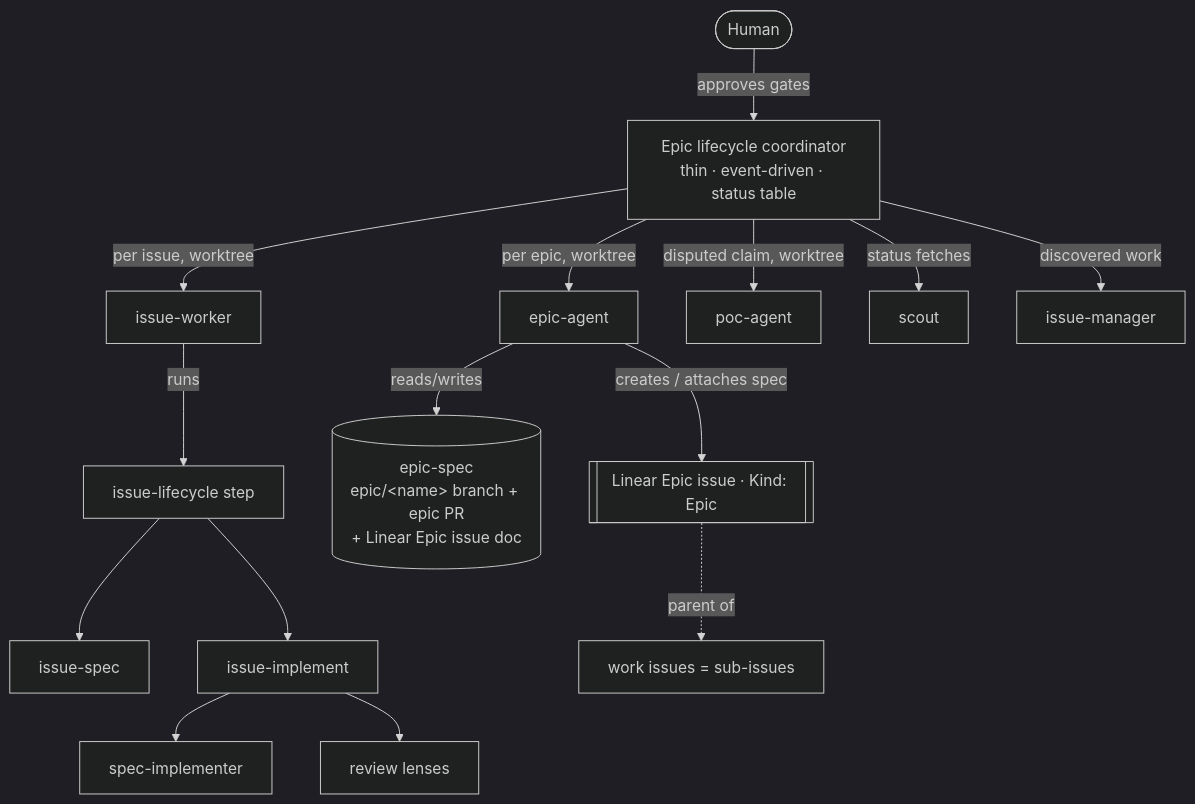
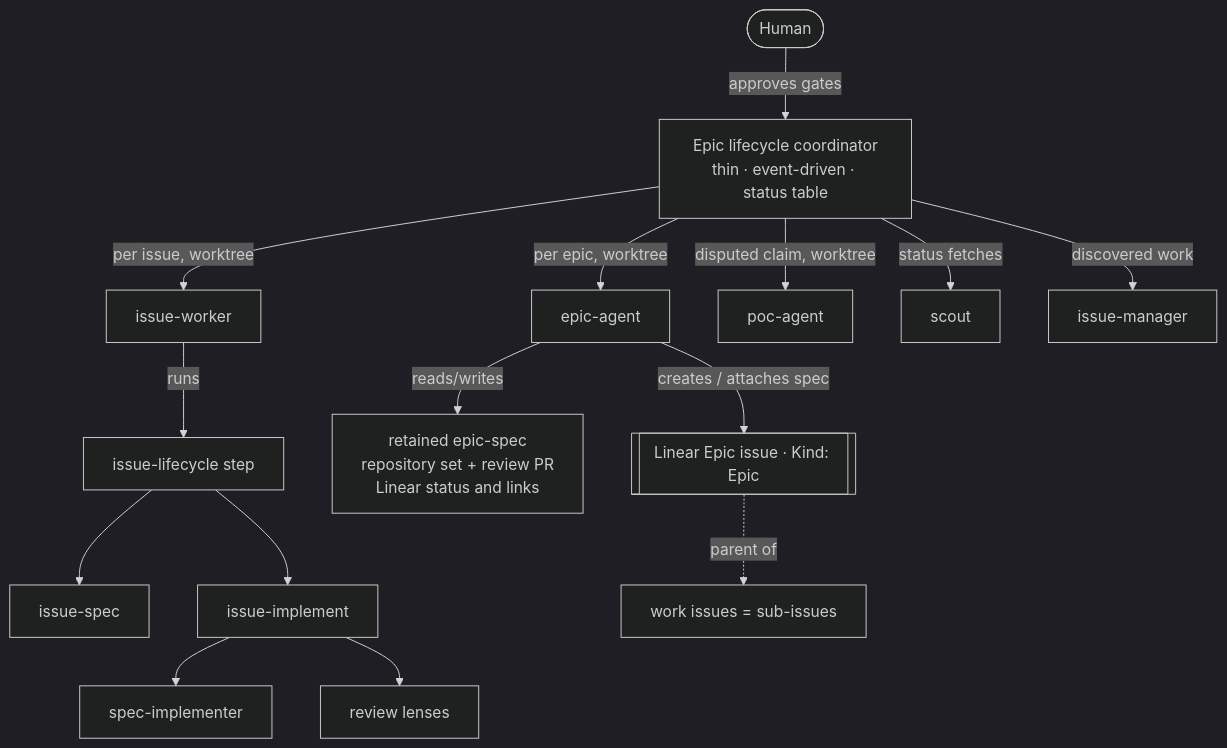
One commit to fixpoint-labs/flow-state-dev changed the first of 5 diagrams in docs/contributing/orchestration.md. Above: the diagram before and after it, drawn with Mermaid (dark theme). The commit also changed other lines of this file and 46 other files, not shown here.

````diff
--- a/docs/contributing/orchestration.md
+++ b/docs/contributing/orchestration.md
@@ -95,16 +95,16 @@
 ```mermaid
 flowchart TD
   U([Human]) -->|approves gates| Coord
   Coord[Epic lifecycle coordinator<br/>thin · event-driven · status table]
   Coord -->|per issue, worktree| IW[issue-worker]
   Coord -->|per epic, worktree| EA[epic-agent]
   Coord -->|disputed claim, worktree| PA[poc-agent]
   Coord -->|status fetches| SC[scout]
   Coord -->|discovered work| IM[issue-manager]
   IW -->|runs| IL[issue-lifecycle step]
   IL --> CS[issue-spec] & II[issue-implement]
   II --> SI[spec-implementer] & RV[review lenses]
-  EA -->|reads/writes| ES[(epic-spec<br/>epic/&lt;name&gt; branch + epic PR<br/>+ Linear Epic issue doc)]
+  EA -->|reads/writes| ES["retained epic-spec<br/>repository set + review PR<br/>Linear status and links"]
   EPIC[[Linear Epic issue · Kind: Epic]] -.->|parent of| ISS[work issues = sub-issues]
   EA -->|creates / attaches spec| EPIC
 ```
````
